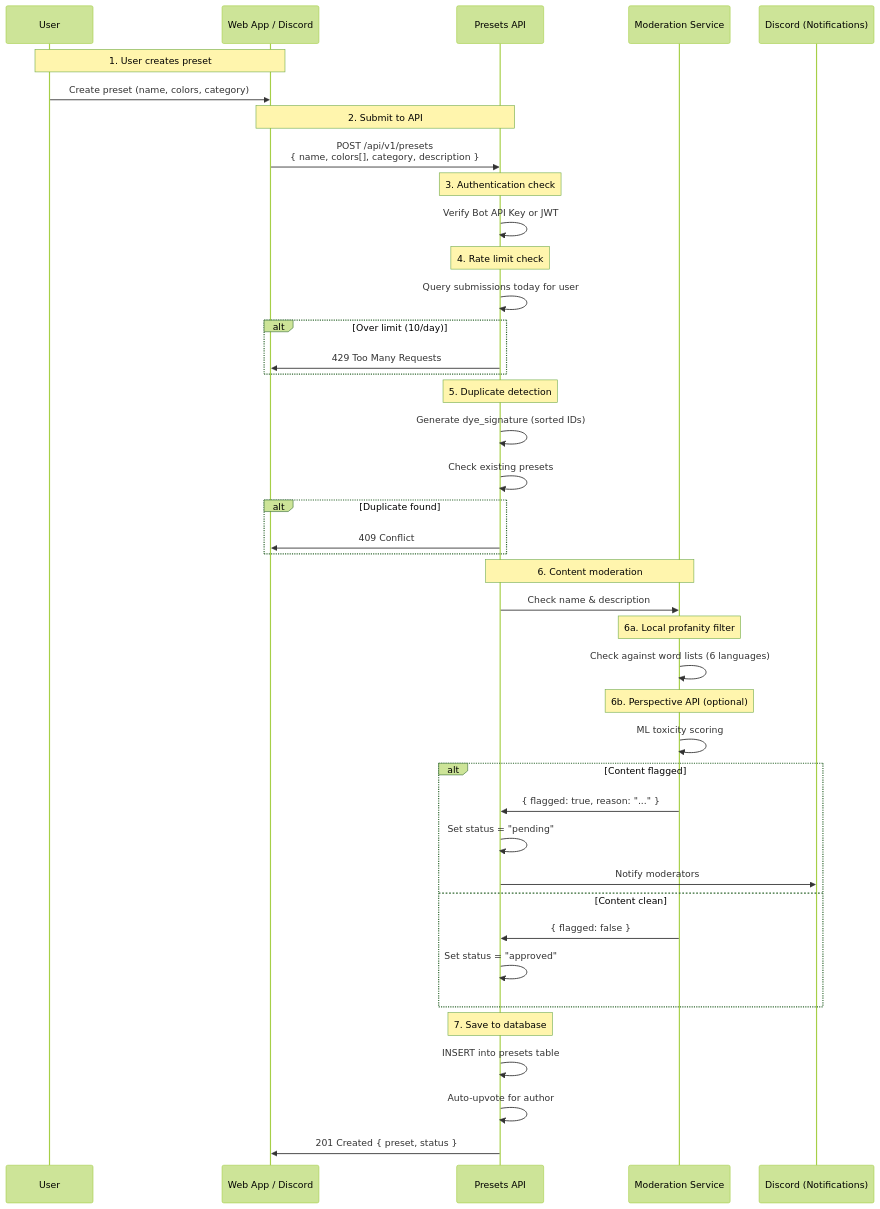
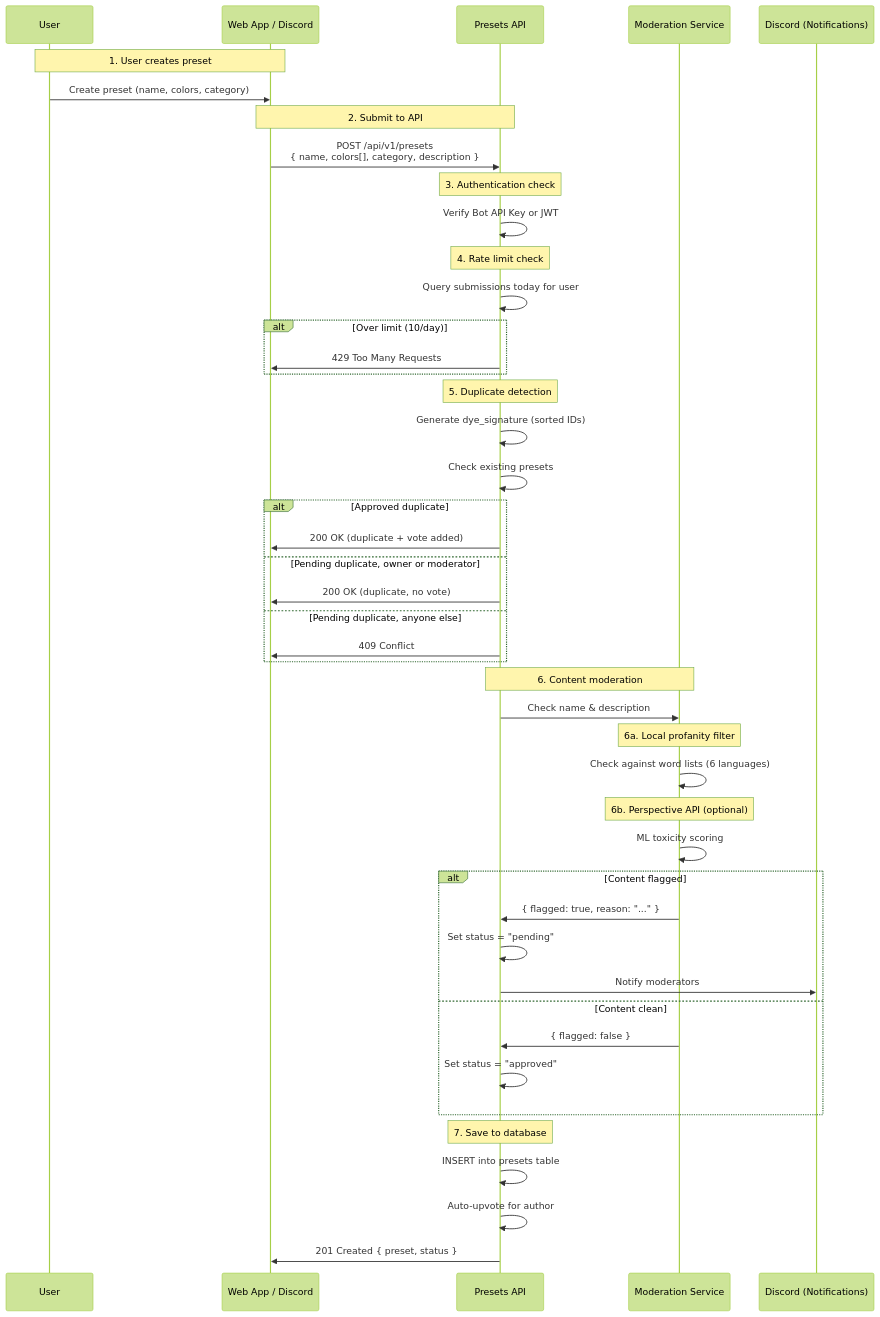
Before and after one commit to FlashGalatine/xivdyetools: the second of 6 diagrams in docs/architecture/data-flow.md, drawn with Mermaid (forest theme). The commit also changed 1 other file, not shown here.

Commit message:
docs(presets-api): show the three duplicate outcomes and the preview-upload 429 (DOC-042)
- I checked respondToDuplicate's three outcomes (approved: 200 plus a vote; pending for the owner or a moderator: 200 with no vote; anyone else: a bare 409) and the preview_upload reservation's 429 RATE_LIMITED with remaining 0 and reset_at. DAILY_PREVIEW_UPLOAD_LIMIT is 20 and resets at UTC midnight. I redrew the duplicate branch and added a 429 row that quotes the real message.

2026-10-11 documentation remediation, Sprint 10.

````diff
--- a/docs/architecture/data-flow.md
+++ b/docs/architecture/data-flow.md
@@ -83,54 +83,58 @@
 ```mermaid
 sequenceDiagram
     participant User
     participant Client as Web App / Discord
     participant Presets as Presets API
     participant Mod as Moderation Service
     participant Discord as Discord (Notifications)
 
     Note over User,Client: 1. User creates preset
     User->>Client: Create preset (name, colors, category)
 
     Note over Client,Presets: 2. Submit to API
     Client->>Presets: POST /api/v1/presets<br/>{ name, colors[], category, description }
 
     Note over Presets: 3. Authentication check
     Presets->>Presets: Verify Bot API Key or JWT
 
     Note over Presets: 4. Rate limit check
     Presets->>Presets: Query submissions today for user
     alt Over limit (10/day)
         Presets->>Client: 429 Too Many Requests
     end
 
     Note over Presets: 5. Duplicate detection
     Presets->>Presets: Generate dye_signature (sorted IDs)
     Presets->>Presets: Check existing presets
-    alt Duplicate found
+    alt Approved duplicate
+        Presets->>Client: 200 OK (duplicate + vote added)
+    else Pending duplicate, owner or moderator
+        Presets->>Client: 200 OK (duplicate, no vote)
+    else Pending duplicate, anyone else
         Presets->>Client: 409 Conflict
     end
 
     Note over Presets,Mod: 6. Content moderation
     Presets->>Mod: Check name & description
 
     Note over Mod: 6a. Local profanity filter
     Mod->>Mod: Check against word lists (6 languages)
 
     Note over Mod: 6b. Perspective API (optional)
     Mod->>Mod: ML toxicity scoring
 
     alt Content flagged
         Mod->>Presets: { flagged: true, reason: "..." }
         Presets->>Presets: Set status = "pending"
         Presets->>Discord: Notify moderators
     else Content clean
         Mod->>Presets: { flagged: false }
         Presets->>Presets: Set status = "approved"
     end
 
     Note over Presets: 7. Save to database
     Presets->>Presets: INSERT into presets table
     Presets->>Presets: Auto-upvote for author
 
     Presets->>Client: 201 Created { preset, status }
 ```
````
